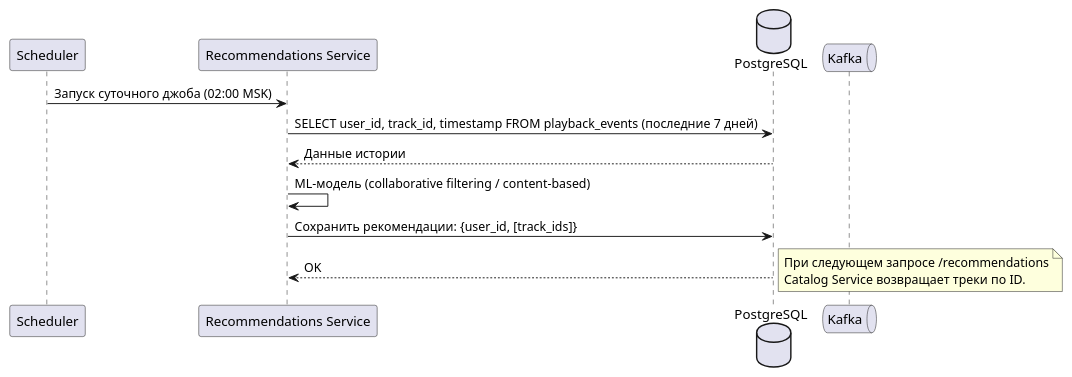
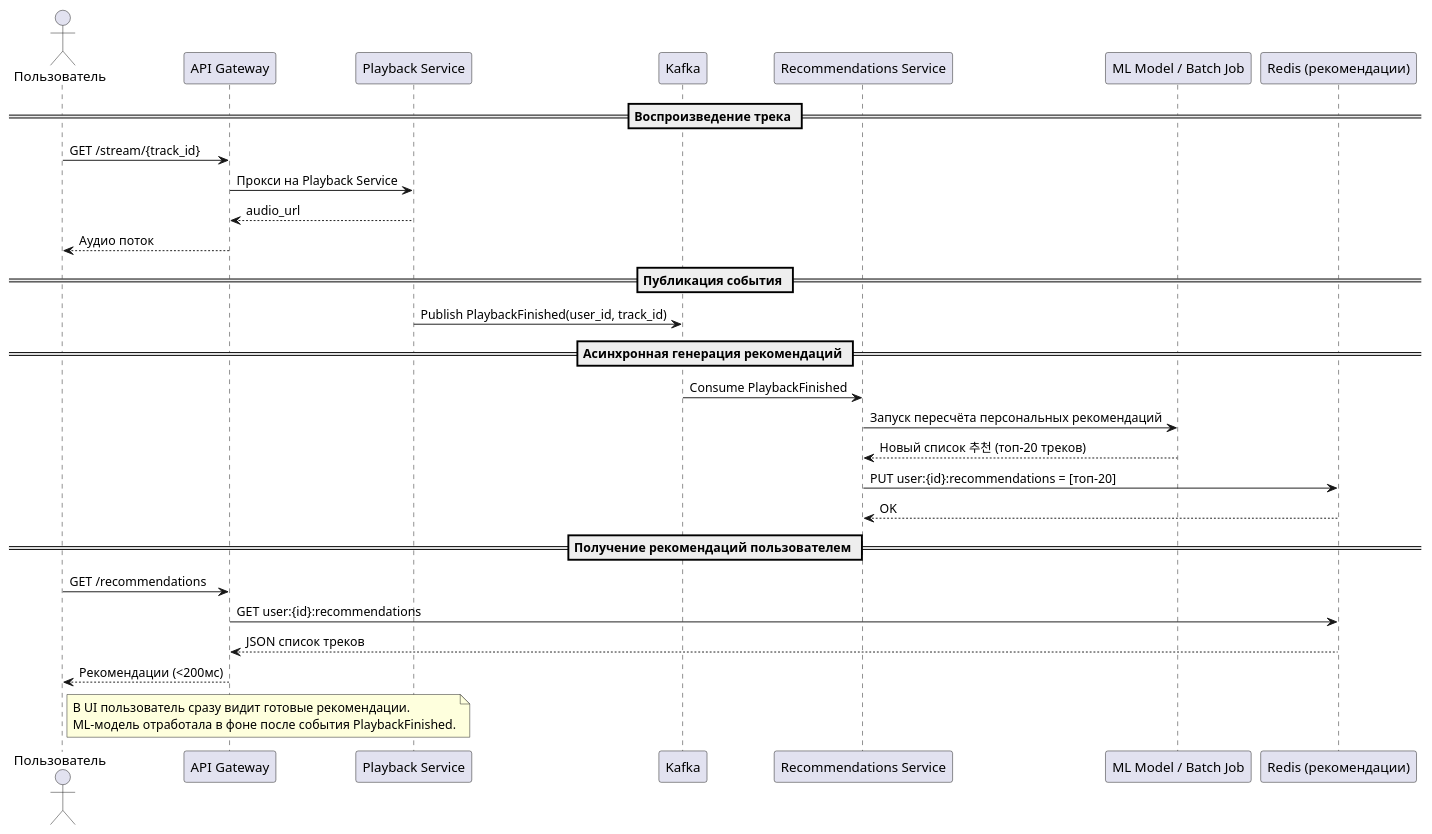
One commit to Nikson276/SystemDesign changed the fifth of 5 diagrams in docs/06_runtime_view.md. Above: the diagram before and after it, drawn with PlantUML. The commit also changed other lines of this file, not shown here.

````diff
--- a/docs/06_runtime_view.md
+++ b/docs/06_runtime_view.md
@@ -237,20 +237,38 @@
 ```plantuml
 @startuml
-participant "Scheduler" as cron
-participant "Recommendations Service" as rec
-database "PostgreSQL" as pg
-queue "Kafka" as kafka
+actor Пользователь
+participant "API Gateway" as gateway
+participant "Playback Service" as playback
+participant "Kafka" as kafka
+participant "Recommendations Service" as recs
+participant "ML Model / Batch Job" as ml
+participant "Redis (рекомендации)" as redis
 
-cron -> rec: Запуск суточного джоба (02:00 MSK)
-rec -> pg: SELECT user_id, track_id, timestamp FROM playback_events (последние 7 дней)
-pg --> rec: Данные истории
-rec -> rec: ML-модель (collaborative filtering / content-based)
-rec -> pg: Сохранить рекомендации: {user_id, [track_ids]}
-pg --> rec: OK
+== Воспроизведение трека ==
+Пользователь -> gateway: GET /stream/{track_id}
+gateway -> playback: Прокси на Playback Service
+playback --> gateway: audio_url
+gateway --> Пользователь: Аудио поток
 
-note right
-  При следующем запросе /recommendations
-  Catalog Service возвращает треки по ID.
+== Публикация события ==
+playback -> kafka: Publish PlaybackFinished(user_id, track_id)
+
+== Асинхронная генерация рекомендаций ==
+kafka -> recs: Consume PlaybackFinished
+recs -> ml: Запуск пересчёта персональных рекомендаций
+ml --> recs: Новый список 추천 (топ-20 треков)
+recs -> redis: PUT user:{id}:recommendations = [топ-20]
+redis --> recs: OK
+
+== Получение рекомендаций пользователем ==
+Пользователь -> gateway: GET /recommendations
+gateway -> redis: GET user:{id}:recommendations
+redis --> gateway: JSON список треков
+gateway --> Пользователь: Рекомендации (<200мс)
+
+note right of Пользователь
+  В UI пользователь сразу видит готовые рекомендации.
+  ML‑модель отработала в фоне после события PlaybackFinished.
 end note
 @enduml
 ```
````
